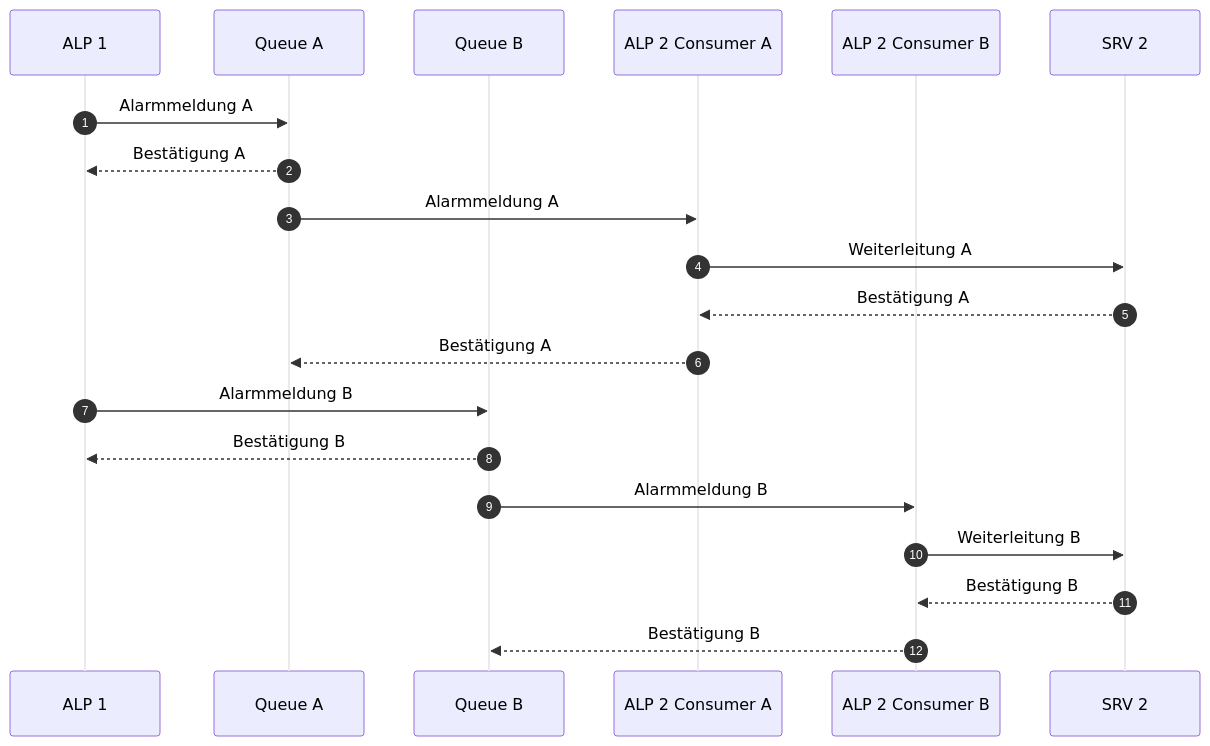
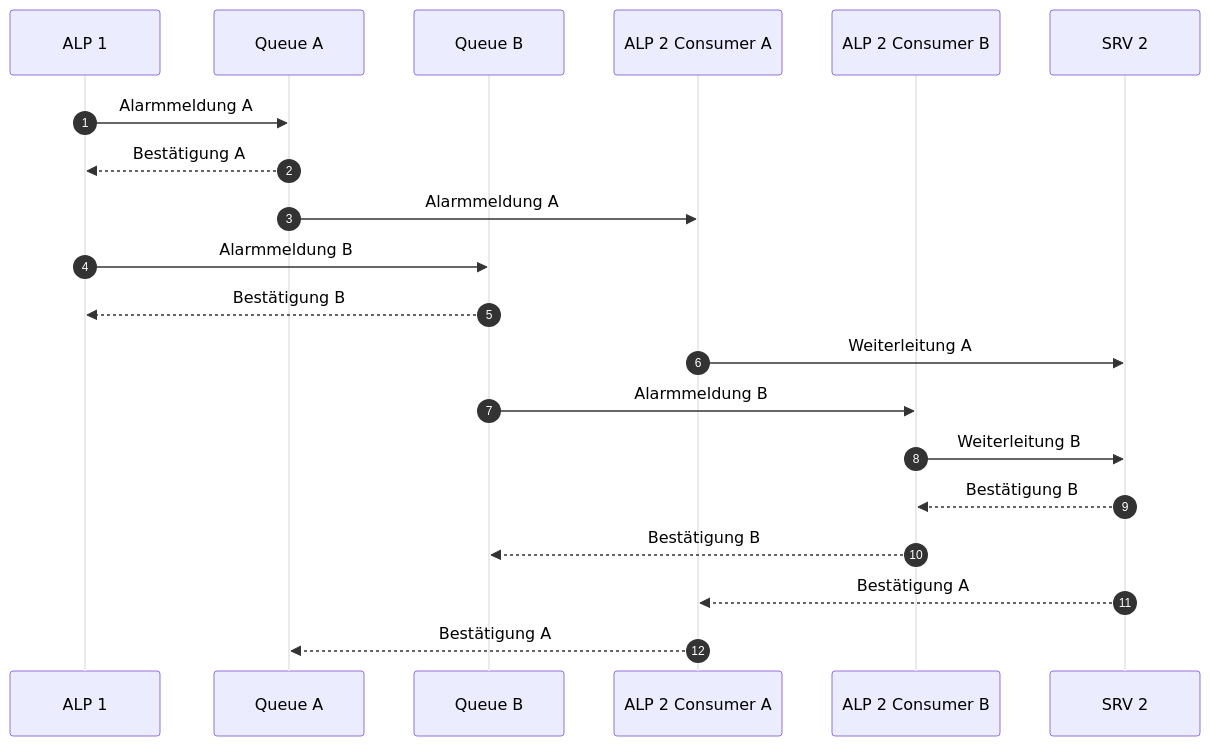
Before and after one commit to JadKHaddad/MT: the diagram in mermaid/alps_normal_sequence.mmd, drawn with Mermaid. The commit also changed other lines of this file and 16 other files, not shown here.

Commit message:
added fig:alps-normal-sequence and fig:alps-retry-sequence

```diff
--- a/mermaid/alps_normal_sequence.mmd
+++ b/mermaid/alps_normal_sequence.mmd
@@ -1,23 +1,28 @@
 %%{init: { 'themeVariables': { 'actorLineColor': '#EAEAEA', 'signalTextColor': '#000000' } } }%%
 sequenceDiagram
     autonumber
     participant L1 as ALP 1
     participant QA as Queue A
     participant QB as Queue B
     participant L2A as ALP 2 Consumer A
     participant L2B as ALP 2 Consumer B
     participant S2 as SRV 2
 
     L1->>QA: Alarmmeldung A
     QA-->>L1: Bestätigung A
     QA->>L2A: Alarmmeldung A
+
+    L1->>QB: Alarmmeldung B
+    QB-->>L1: Bestätigung B
+
     L2A->>S2: Weiterleitung A
+
+    QB->>L2B: Alarmmeldung B
+    
+    L2B->>S2: Weiterleitung B
+
+    S2-->>L2B: Bestätigung B
+    L2B-->>QB: Bestätigung B
+
     S2-->>L2A: Bestätigung A
     L2A-->>QA: Bestätigung A
-    
-    L1->>QB: Alarmmeldung B
-    QB-->>L1: Bestätigung B
-    QB->>L2B: Alarmmeldung B
-    L2B->>S2: Weiterleitung B
-    S2-->>L2B: Bestätigung B
-    L2B-->>QB: Bestätigung B
```
